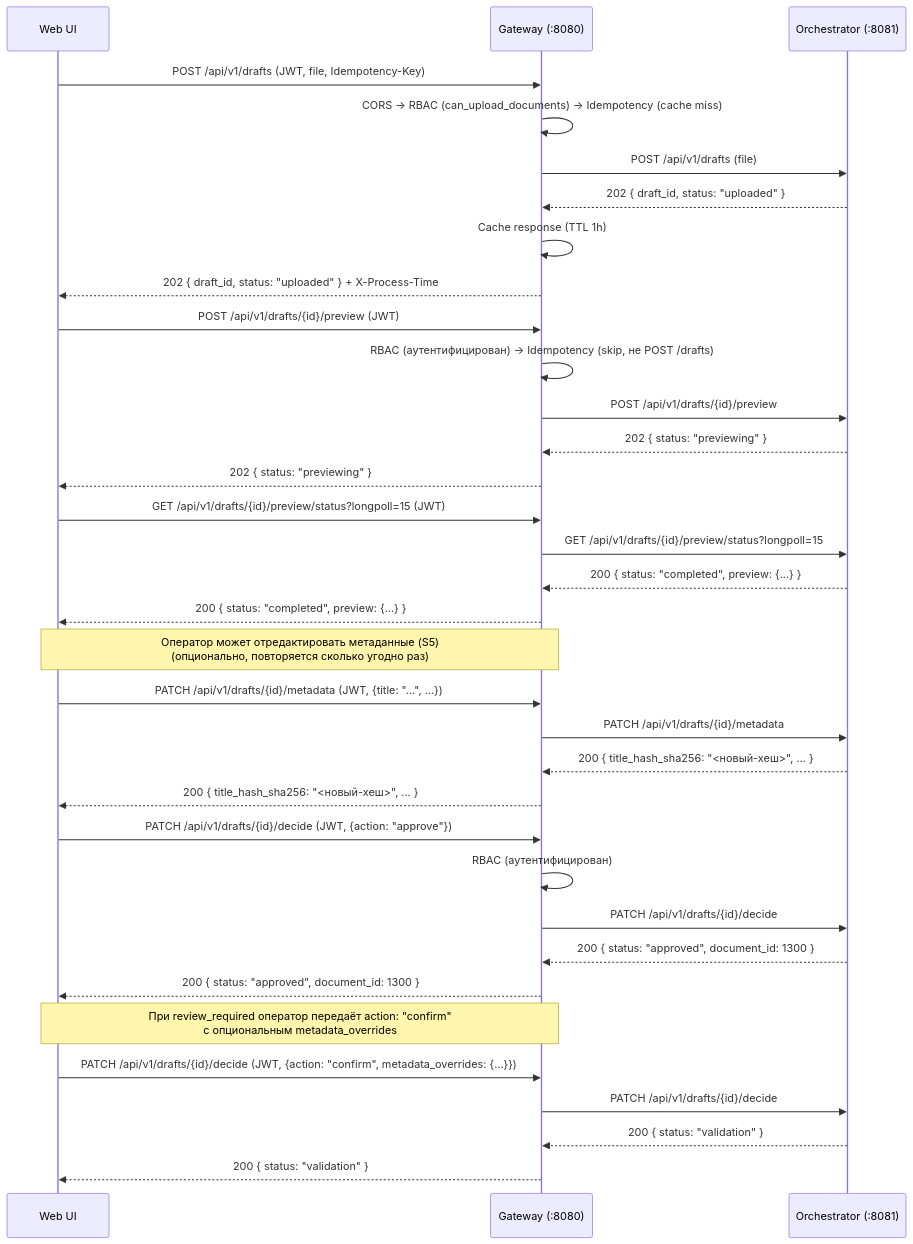
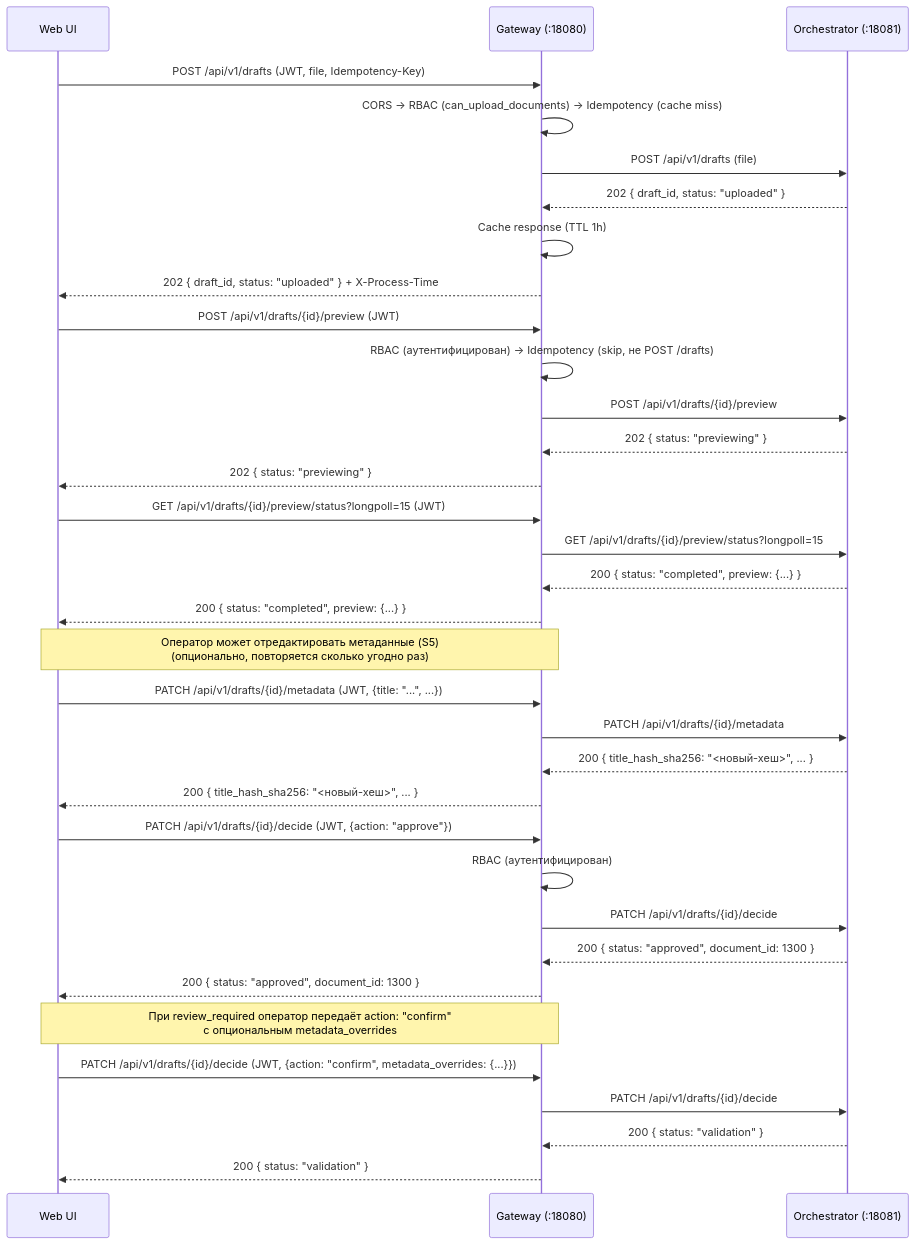
Before and after one commit to MasterKSAF/PKB: the first of 2 diagrams in backend/service_checker/docs/api/gateway_service_api.md, drawn with Mermaid. The commit also changed other lines of this file and 25 other files, not shown here.

````diff
--- a/backend/service_checker/docs/api/gateway_service_api.md
+++ b/backend/service_checker/docs/api/gateway_service_api.md
@@ -175,42 +175,42 @@
 ```mermaid
 sequenceDiagram
     participant UI as Web UI
-    participant GW as Gateway (:8080)
-    participant Orch as Orchestrator (:8081)
+    participant GW as Gateway (:18080)
+    participant Orch as Orchestrator (:18081)
 
     UI->>GW: POST /api/v1/drafts (JWT, file, Idempotency-Key)
     GW->>GW: CORS → RBAC (can_upload_documents) → Idempotency (cache miss)
     GW->>Orch: POST /api/v1/drafts (file)
     Orch-->>GW: 202 { draft_id, status: "uploaded" }
     GW->>GW: Cache response (TTL 1h)
     GW-->>UI: 202 { draft_id, status: "uploaded" } + X-Process-Time
 
     UI->>GW: POST /api/v1/drafts/{id}/preview (JWT)
     GW->>GW: RBAC (аутентифицирован) → Idempotency (skip, не POST /drafts)
     GW->>Orch: POST /api/v1/drafts/{id}/preview
     Orch-->>GW: 202 { status: "previewing" }
     GW-->>UI: 202 { status: "previewing" }
 
     UI->>GW: GET /api/v1/drafts/{id}/preview/status?longpoll=15 (JWT)
     GW->>Orch: GET /api/v1/drafts/{id}/preview/status?longpoll=15
     Orch-->>GW: 200 { status: "completed", preview: {...} }
     GW-->>UI: 200 { status: "completed", preview: {...} }
 
     Note over UI,GW: Оператор может отредактировать метаданные (S5)<br/>(опционально, повторяется сколько угодно раз)
     UI->>GW: PATCH /api/v1/drafts/{id}/metadata (JWT, {title: "...", ...})
     GW->>Orch: PATCH /api/v1/drafts/{id}/metadata
     Orch-->>GW: 200 { title_hash_sha256: "<новый-хеш>", ... }
     GW-->>UI: 200 { title_hash_sha256: "<новый-хеш>", ... }
 
     UI->>GW: PATCH /api/v1/drafts/{id}/decide (JWT, {action: "approve"})
     GW->>GW: RBAC (аутентифицирован)
     GW->>Orch: PATCH /api/v1/drafts/{id}/decide
     Orch-->>GW: 200 { status: "approved", document_id: 1300 }
     GW-->>UI: 200 { status: "approved", document_id: 1300 }
 
     Note over UI,GW: При review_required оператор передаёт action: "confirm"<br/>с опциональным metadata_overrides
     UI->>GW: PATCH /api/v1/drafts/{id}/decide (JWT, {action: "confirm", metadata_overrides: {...}})
     GW->>Orch: PATCH /api/v1/drafts/{id}/decide
     Orch-->>GW: 200 { status: "validation" }
     GW-->>UI: 200 { status: "validation" }
 ```
````
